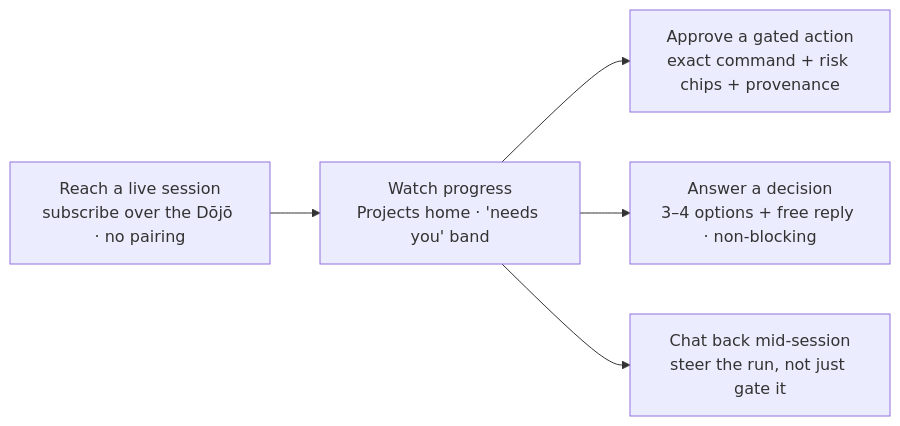
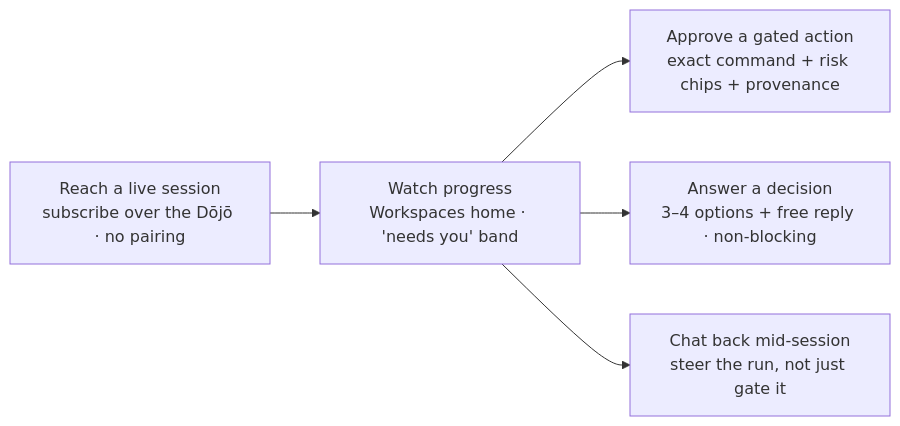
Before and after one commit to sensei-hq/sensei: the ninth of 10 diagrams in docs/journeys/dojo.md, drawn with Mermaid. The commit also changed other lines of this file and 49 other files, not shown here.

````diff
--- a/docs/journeys/dojo.md
+++ b/docs/journeys/dojo.md
@@ -97,7 +238,7 @@
 ```mermaid
 flowchart LR
-    rl1[Reach a live session<br/>subscribe over the Dōjō · no pairing] --> rl2[Watch progress<br/>Projects home · 'needs you' band]
+    rl1[Reach a live session<br/>subscribe over the Dōjō · no pairing] --> rl2[Watch progress<br/>Workspaces home · 'needs you' band]
     rl2 --> rl3[Approve a gated action<br/>exact command + risk chips + provenance]
     rl2 --> rl4[Answer a decision<br/>3–4 options + free reply · non-blocking]
     rl2 --> rl5[Chat back mid-session<br/>steer the run, not just gate it]
 ```
````
